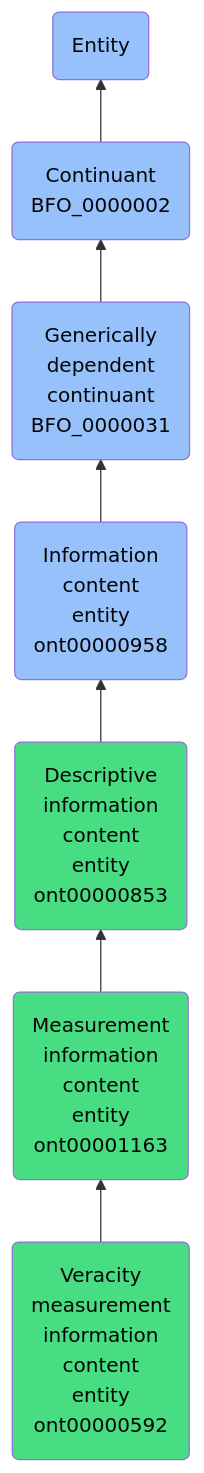
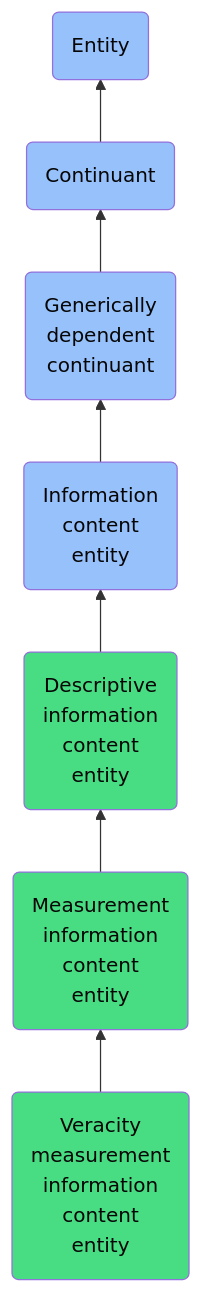
The diagram in docs/ontology/reference/model/Entity/Continuant/Generically dependent continuant/Information content entity/Descriptive information content entity/Measurement information content entity/Veracity measurement information content entity/Veracity measurement information content entity.md (jupyter-naas/abi), drawn with Mermaid before and after one commit. The commit also changed other lines of this file and 1430 other files, not shown here.

````diff
--- a/docs/ontology/reference/model/Entity/Continuant/Generically dependent continuant/Information content entity/Descriptive information content entity/Measurement information content entity/Veracity measurement information content entity/Veracity measurement information content entity.md
+++ b/docs/ontology/reference/model/Entity/Continuant/Generically dependent continuant/Information content entity/Descriptive information content entity/Measurement information content entity/Veracity measurement information content entity/Veracity measurement information content entity.md
@@ -26,14 +26,14 @@
 ```mermaid
 graph BT
-    ont00000592(Veracity<br>measurement<br>information<br>content<br>entity<br>ont00000592):::ABI-->ont00001163
-    ont00001163(Measurement<br>information<br>content<br>entity<br>ont00001163):::ABI-->ont00000853
-    ont00000853(Descriptive<br>information<br>content<br>entity<br>ont00000853):::ABI-->ont00000958
-    ont00000958(Information<br>content<br>entity<br>ont00000958):::BFO-->BFO_0000031
-    BFO_0000031(Generically<br>dependent<br>continuant<br>BFO_0000031):::BFO-->BFO_0000002
-    BFO_0000002(Continuant<br>BFO_0000002):::BFO-->BFO_0000001
+    ont00000592(Veracity<br>measurement<br>information<br>content<br>entity):::ABI-->ont00001163
+    ont00001163(Measurement<br>information<br>content<br>entity):::ABI-->ont00000853
+    ont00000853(Descriptive<br>information<br>content<br>entity):::ABI-->ont00000958
+    ont00000958(Information<br>content<br>entity):::BFO-->BFO_0000031
+    BFO_0000031(Generically<br>dependent<br>continuant):::BFO-->BFO_0000002
+    BFO_0000002(Continuant):::BFO-->BFO_0000001
     BFO_0000001(Entity):::BFO
     
     classDef BFO fill:#97c1fb,color:#060606
     classDef CCO fill:#e4c51e,color:#060606
     classDef ABI fill:#48DD82,color:#060606
 ```
````
